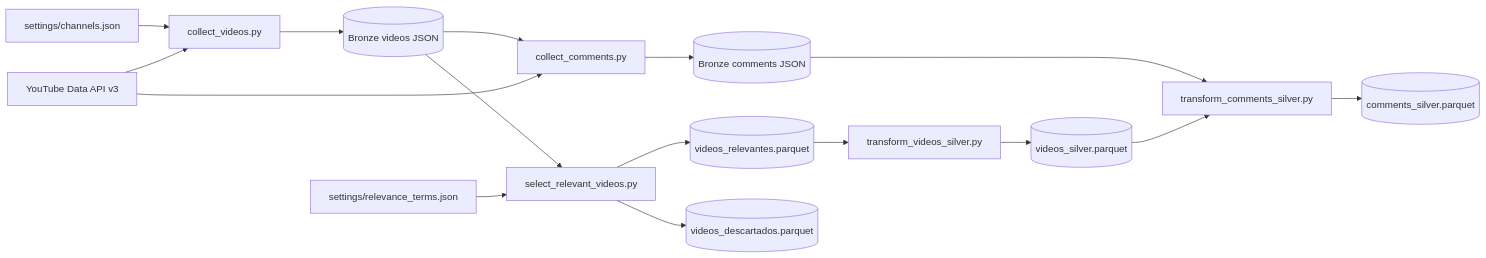
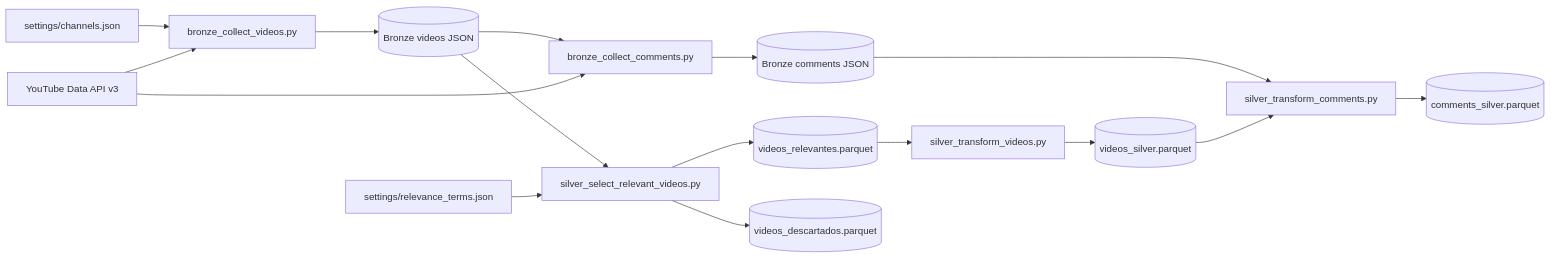
The diagram in docs/overview.md (vitorestevam/tcc-engdados), drawn with Mermaid before and after one commit. The commit also changed other lines of this file and 7 other files, not shown here.

````diff
--- a/docs/overview.md
+++ b/docs/overview.md
@@ -38,18 +38,18 @@
 ```mermaid
 flowchart LR
-    CFG["settings/channels.json"] --> V["collect_videos.py"]
+    CFG["settings/channels.json"] --> V["bronze_collect_videos.py"]
     API["YouTube Data API v3"] --> V
     V --> BV[("Bronze videos JSON")]
-    BV --> C["collect_comments.py"]
+    BV --> C["bronze_collect_comments.py"]
     API --> C
     C --> BC[("Bronze comments JSON")]
-    BV --> R["select_relevant_videos.py"]
+    BV --> R["silver_select_relevant_videos.py"]
     TERMS["settings/relevance_terms.json"] --> R
     R --> VR[("videos_relevantes.parquet")]
     R --> VD[("videos_descartados.parquet")]
-    VR --> VS["transform_videos_silver.py"]
+    VR --> VS["silver_transform_videos.py"]
     VS --> SV[("videos_silver.parquet")]
-    BC --> CS["transform_comments_silver.py"]
+    BC --> CS["silver_transform_comments.py"]
     SV --> CS
     CS --> SC[("comments_silver.parquet")]
 ```
````
